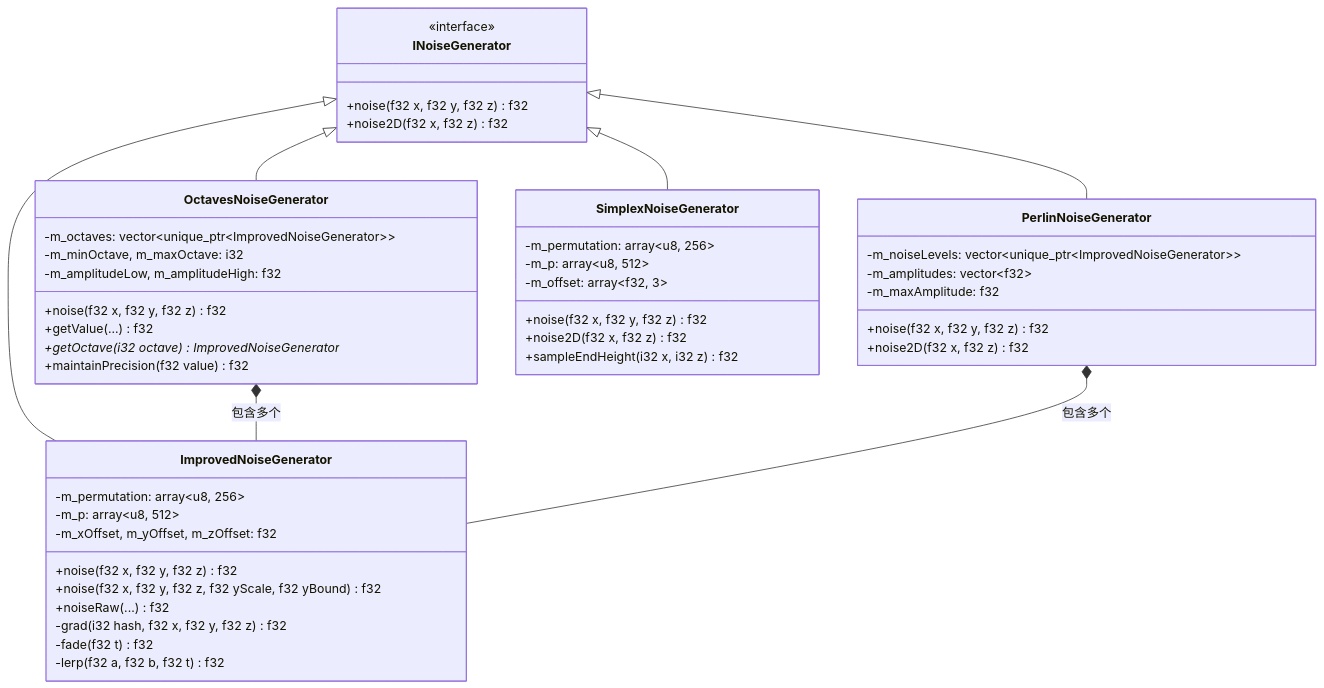
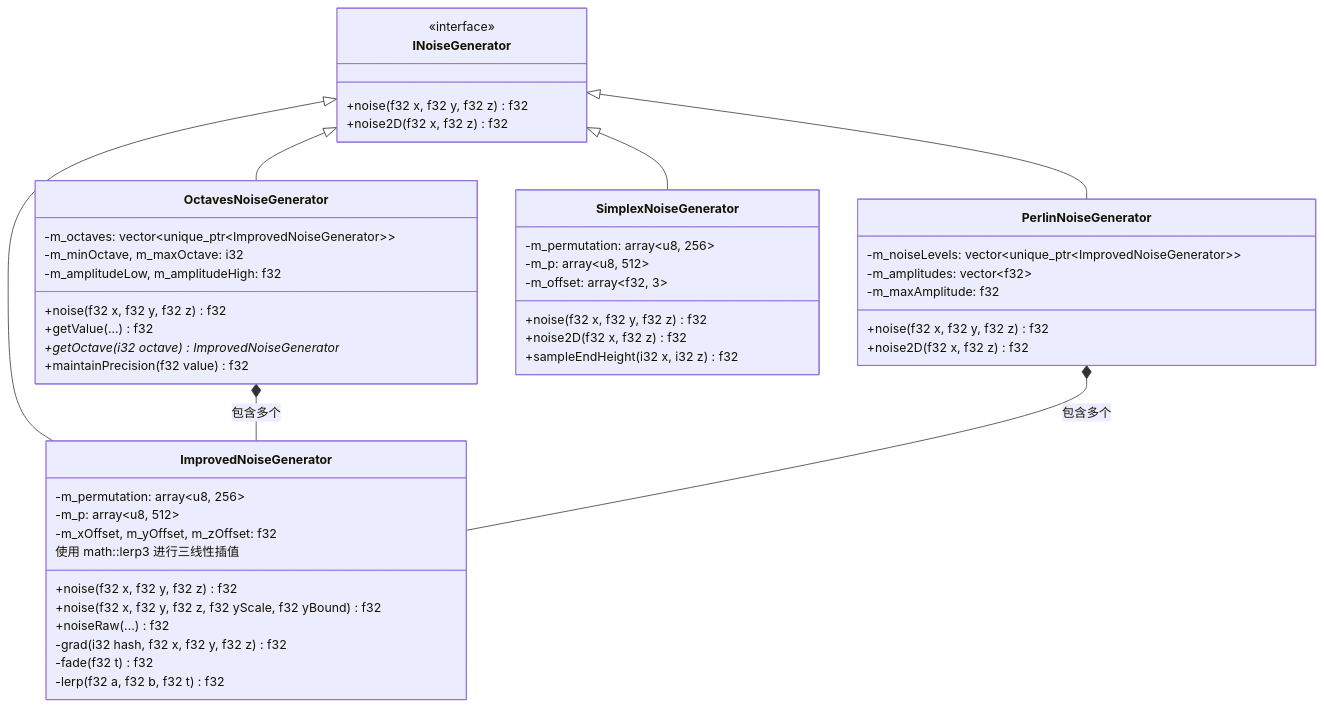
One commit to g122622/Cubium changed the second of 3 diagrams in src/common/world/gen/noise/README.md. Above: the diagram before and after it, drawn with Mermaid. The commit also changed other lines of this file and 4 other files, not shown here.

First line of the commit message:
refactor: 将 lerp3 三线性插值函数从 ImprovedNoiseGenerator 移至 MathUtils

````diff
--- a/src/common/world/gen/noise/README.md
+++ b/src/common/world/gen/noise/README.md
@@ -183,54 +183,55 @@
 ```mermaid
 classDiagram
     class INoiseGenerator {
         <<interface>>
         +noise(f32 x, f32 y, f32 z) f32
         +noise2D(f32 x, f32 z) f32
     }
     
     class ImprovedNoiseGenerator {
         -m_permutation: array~u8, 256~
         -m_p: array~u8, 512~
         -m_xOffset, m_yOffset, m_zOffset: f32
         +noise(f32 x, f32 y, f32 z) f32
         +noise(f32 x, f32 y, f32 z, f32 yScale, f32 yBound) f32
         +noiseRaw(...) f32
         -grad(i32 hash, f32 x, f32 y, f32 z) f32
         -fade(f32 t) f32
         -lerp(f32 a, f32 b, f32 t) f32
+        使用 math::lerp3 进行三线性插值
     }
     
     class OctavesNoiseGenerator {
         -m_octaves: vector~unique_ptr~ImprovedNoiseGenerator~~
         -m_minOctave, m_maxOctave: i32
         -m_amplitudeLow, m_amplitudeHigh: f32
         +noise(f32 x, f32 y, f32 z) f32
         +getValue(...) f32
         +getOctave(i32 octave) ImprovedNoiseGenerator*
         +maintainPrecision(f32 value) f32
     }
     
     class PerlinNoiseGenerator {
         -m_noiseLevels: vector~unique_ptr~ImprovedNoiseGenerator~~
         -m_amplitudes: vector~f32~
         -m_maxAmplitude: f32
         +noise(f32 x, f32 y, f32 z) f32
         +noise2D(f32 x, f32 z) f32
     }
     
     class SimplexNoiseGenerator {
         -m_permutation: array~u8, 256~
         -m_p: array~u8, 512~
         -m_offset: array~f32, 3~
         +noise(f32 x, f32 y, f32 z) f32
         +noise2D(f32 x, f32 z) f32
         +sampleEndHeight(i32 x, i32 z) f32
     }
     
     INoiseGenerator <|-- ImprovedNoiseGenerator
     INoiseGenerator <|-- OctavesNoiseGenerator
     INoiseGenerator <|-- PerlinNoiseGenerator
     INoiseGenerator <|-- SimplexNoiseGenerator
     OctavesNoiseGenerator *-- ImprovedNoiseGenerator : 包含多个
     PerlinNoiseGenerator *-- ImprovedNoiseGenerator : 包含多个
 ```
````
